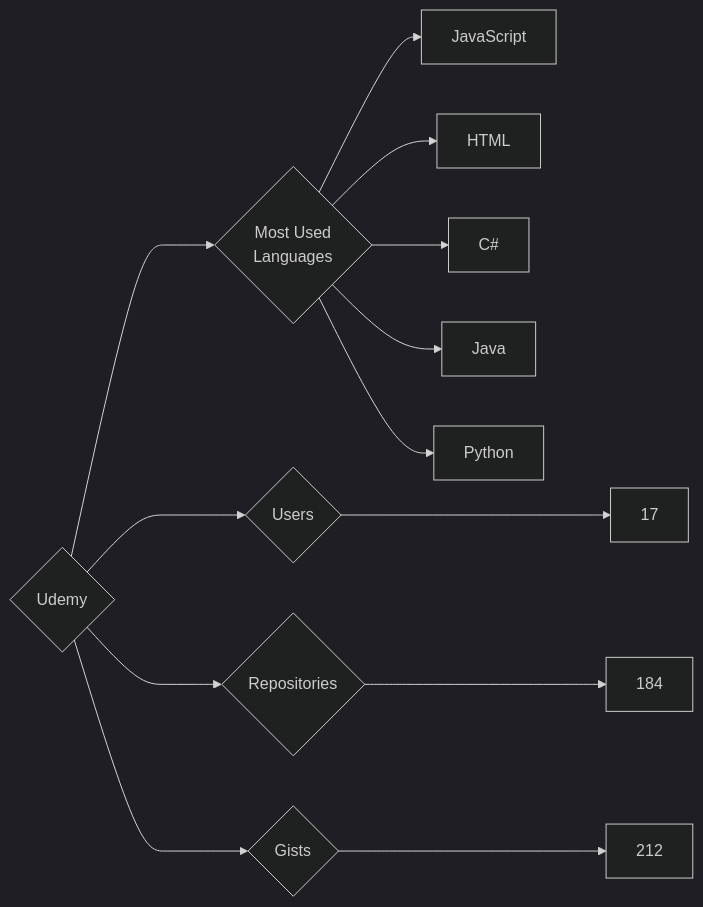
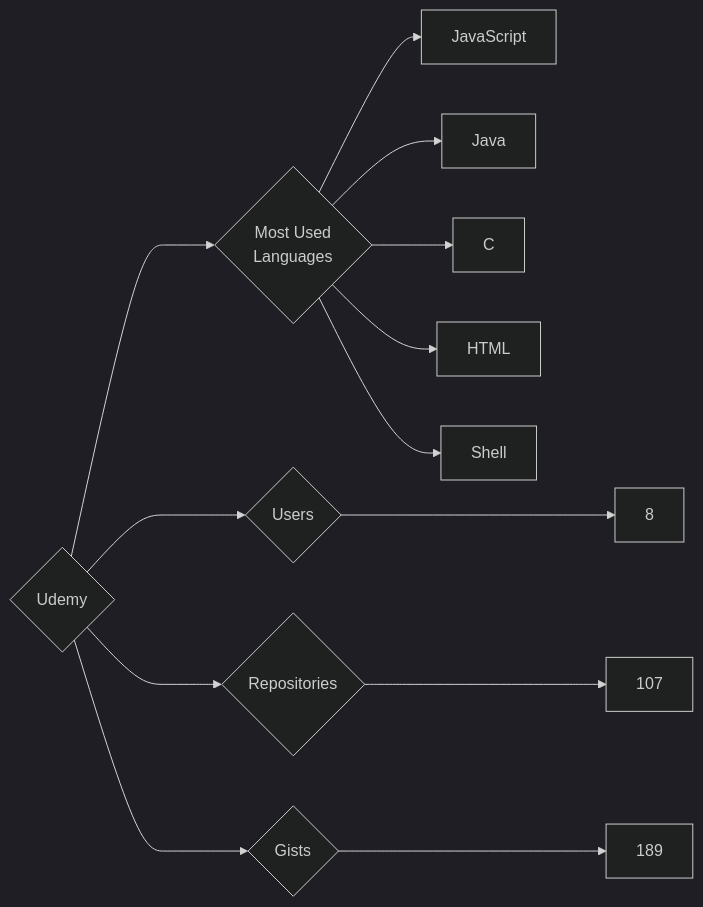
One commit to trickest/insiders changed the diagram in targets/Udemy/README.md. Above: the diagram before and after it, drawn with Mermaid (dark theme). The commit also changed 444 other files, not shown here.

````diff
--- a/targets/Udemy/README.md
+++ b/targets/Udemy/README.md
@@ -3,13 +3,13 @@
 ```mermaid
 graph LR
 COMPANY_NAME{Udemy}
-COMPANY_NAME ---> U{Users} ---> UN[17]
-COMPANY_NAME ---> R{Repositories} ---> RN[184]
-COMPANY_NAME ---> G{Gists} ---> GN[212]
+COMPANY_NAME ---> U{Users} ---> UN[8]
+COMPANY_NAME ---> R{Repositories} ---> RN[107]
+COMPANY_NAME ---> G{Gists} ---> GN[189]
 COMPANY_NAME ---> ML{Most Used<br>Languages}
 ML --> JavaScript[JavaScript]
+ML --> Java[Java]
+ML --> C[C]
 ML --> HTML[HTML]
-ML --> C#[C#]
-ML --> Java[Java]
-ML --> Python[Python]
+ML --> Shell[Shell]
 ```
````
